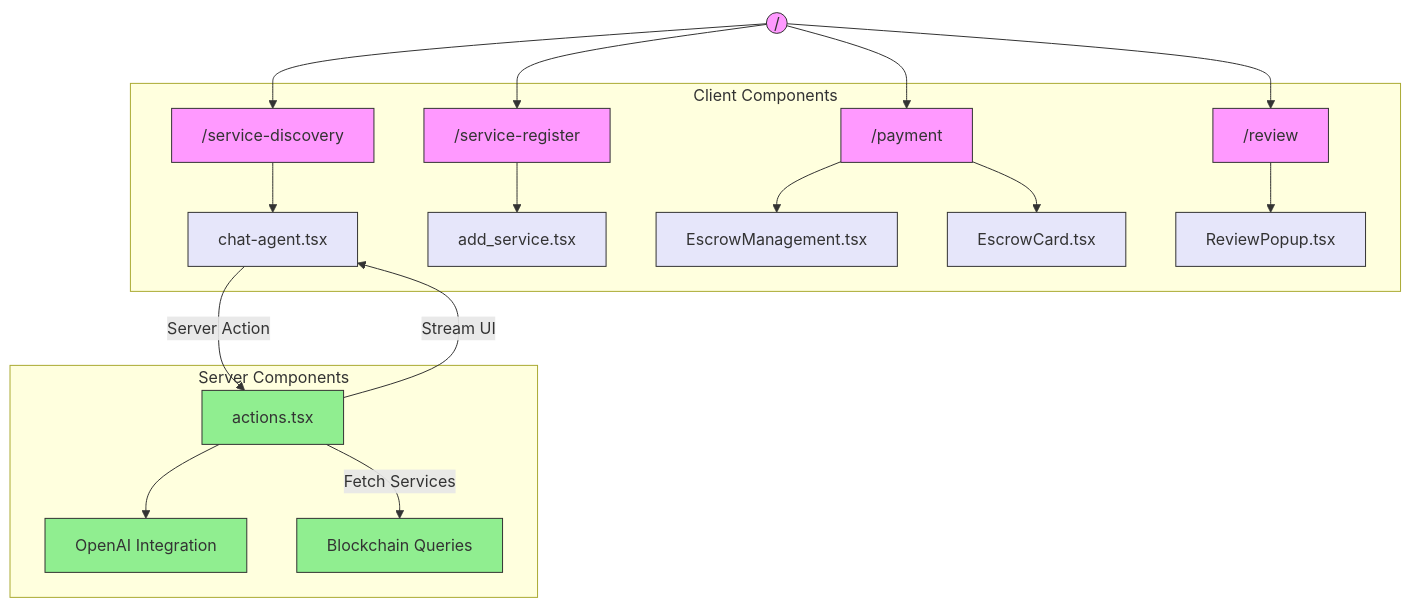
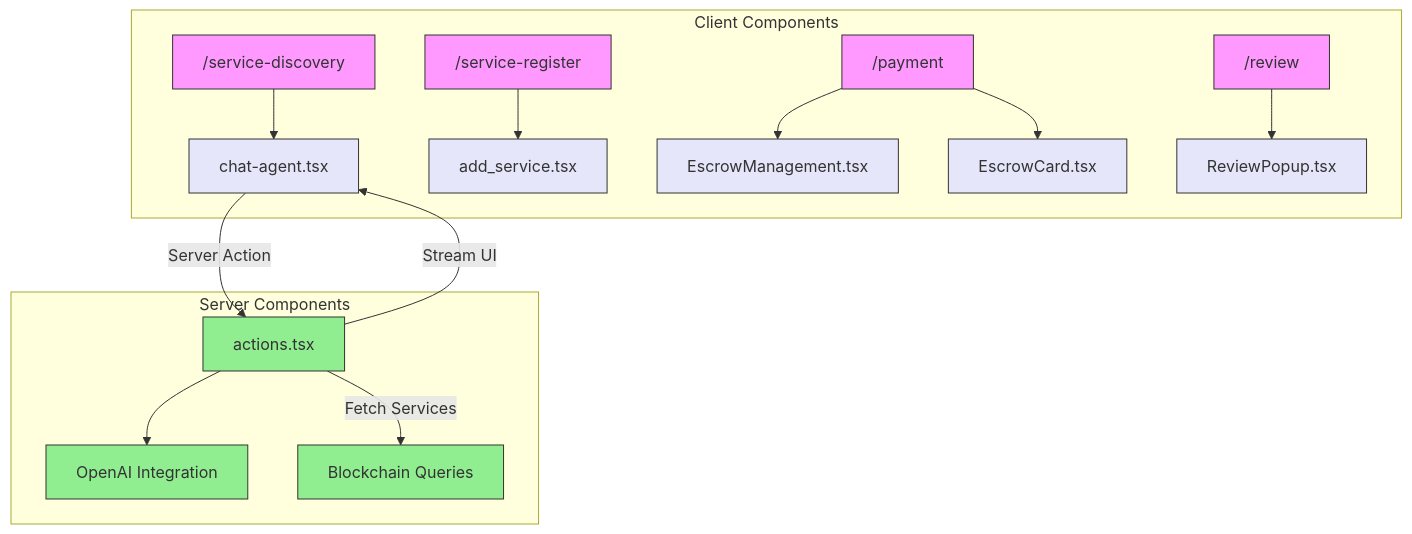
The third of 3 diagrams in README.md (Gigentic/gigentic-frontend), drawn with Mermaid before and after one commit. The commit also changed other lines of this file, not shown here.

````diff
--- a/README.md
+++ b/README.md
@@ -180,31 +193,26 @@
 ```mermaid
 graph TD
-    Root(("/")) --> SD["/service-discovery"]
-    Root --> SR["/service-register"]
-    Root --> PM["/payment"]
-    Root --> RV["/review"]
-
     subgraph "Client Components"
-        SD --> ChatAgent["chat-agent.tsx"]
-        SR --> Add["add_service.tsx"]
-        PM --> EM["EscrowManagement.tsx"]
+        SD["/service-discovery"] --> ChatAgent["chat-agent.tsx"]
+        SR["/service-register"] --> Add["add_service.tsx"]
+        PM["/payment"] --> EM["EscrowManagement.tsx"]
         PM --> EC["EscrowCard.tsx"]
-        RV --> RP["ReviewPopup.tsx"]
+        RV["/review"] --> RP["ReviewPopup.tsx"]
     end
 
     subgraph "Server Components"
         Actions["actions.tsx"]
         Actions --> OpenAI["OpenAI Integration"]
         Actions -->|Fetch Services| BC["Blockchain Queries"]
     end
 
     ChatAgent -->|Server Action| Actions
     Actions -->|Stream UI| ChatAgent
 
     classDef route fill:#f9f,stroke:#333
     classDef client fill:#e6e6fa,stroke:#333
     classDef server fill:#90EE90,stroke:#333
     class Root,SD,SR,PM,RV route
     class ChatAgent,Add,EM,EC,RP client
     class Actions,OpenAI,BC server
 ```
````
